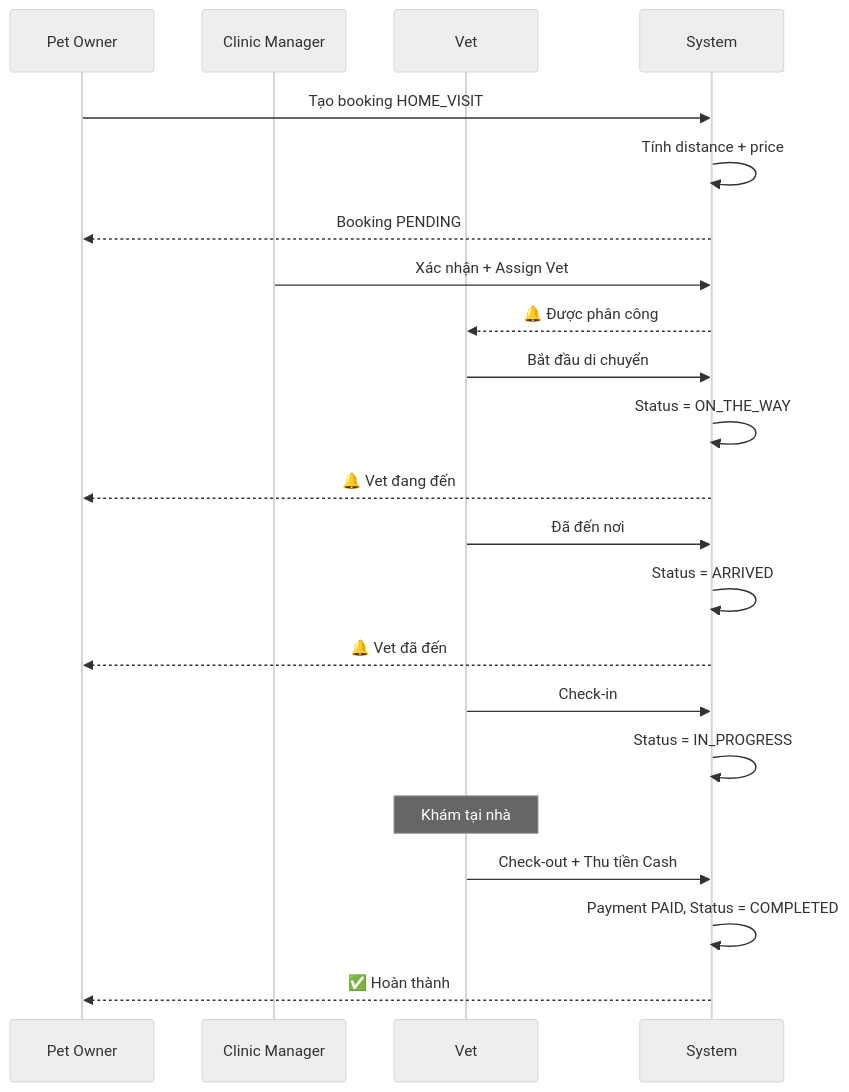
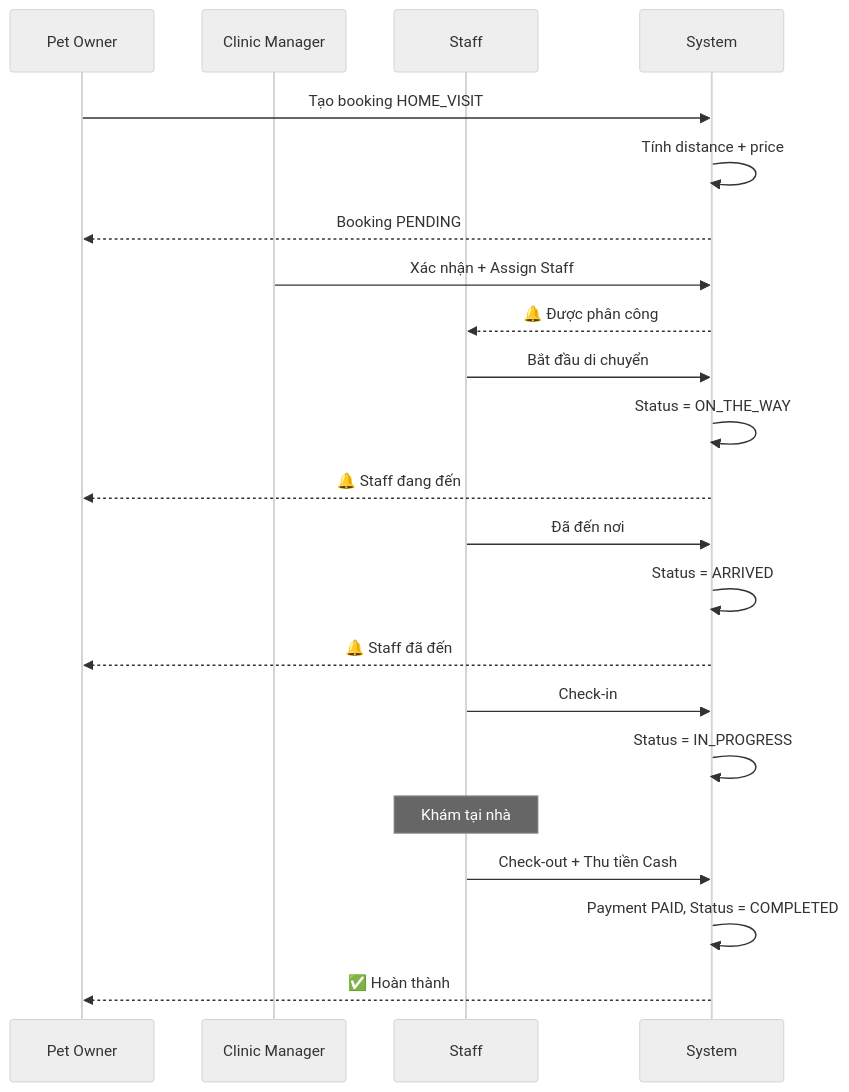
Before and after one commit to espresso23/Petties-Veterinary-Appointment-Booking-Platform: the third of 5 diagrams in docs-references/documentation/BOOKING_WORKFLOW.md, drawn with Mermaid (neutral theme). The commit also changed other lines of this file and 204 other files, not shown here.

First line of the commit message:
refactor(all): complete vet→staff naming migration across codebase

````diff
--- a/docs-references/documentation/BOOKING_WORKFLOW.md
+++ b/docs-references/documentation/BOOKING_WORKFLOW.md
@@ -126,31 +126,31 @@
 ```mermaid
 sequenceDiagram
     participant PO as Pet Owner
     participant CM as Clinic Manager
-    participant V as Vet
+    participant V as Staff
     participant S as System
 
     PO->>S: Tạo booking HOME_VISIT
     S->>S: Tính distance + price
     S-->>PO: Booking PENDING
 
-    CM->>S: Xác nhận + Assign Vet
+    CM->>S: Xác nhận + Assign Staff
     S-->>V: 🔔 Được phân công
 
     V->>S: Bắt đầu di chuyển
     S->>S: Status = ON_THE_WAY
-    S-->>PO: 🔔 Vet đang đến
+    S-->>PO: 🔔 Staff đang đến
 
     V->>S: Đã đến nơi
     S->>S: Status = ARRIVED
-    S-->>PO: 🔔 Vet đã đến
+    S-->>PO: 🔔 Staff đã đến
 
     V->>S: Check-in
     S->>S: Status = IN_PROGRESS
 
     Note over V: Khám tại nhà
 
     V->>S: Check-out + Thu tiền Cash
     S->>S: Payment PAID, Status = COMPLETED
     S-->>PO: ✅ Hoàn thành
 ```
````
